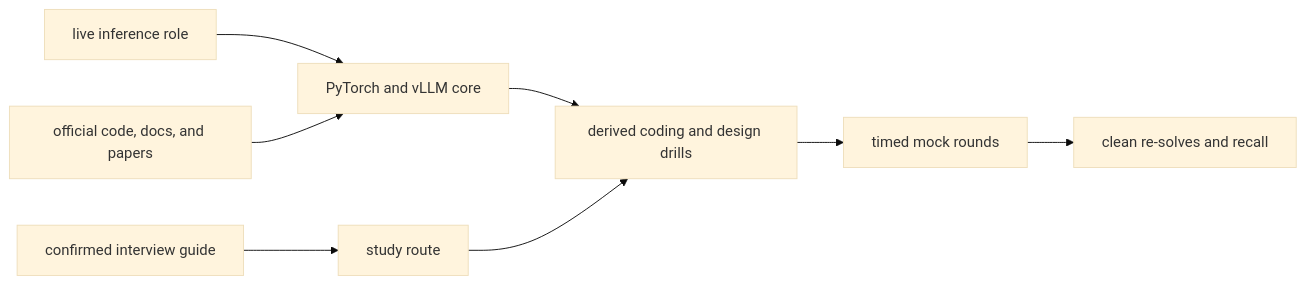
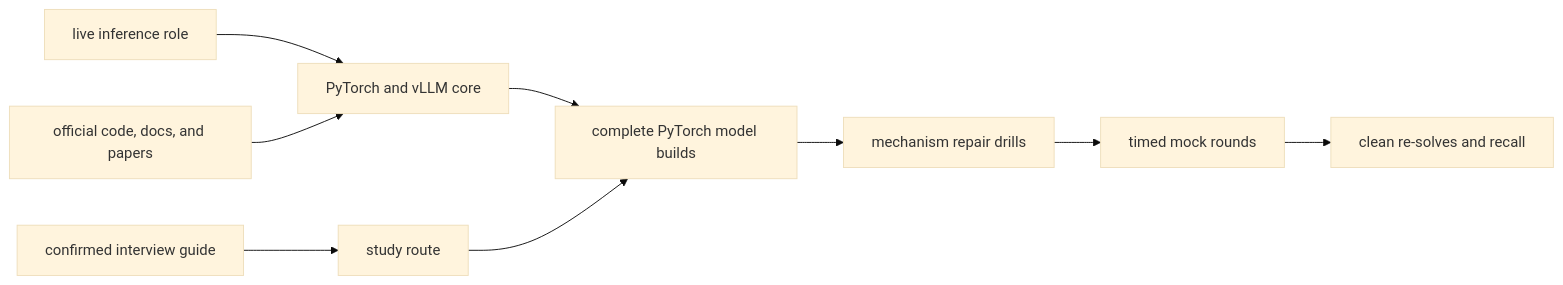
Before and after one commit to aarnphm/aarnphm.github.io: the diagram in content/hinterland/prep/inferact/index.md, drawn with Mermaid (base theme). The commit also changed other lines of this file and 26 other files, not shown here.

````diff
--- a/content/hinterland/prep/inferact/index.md
+++ b/content/hinterland/prep/inferact/index.md
@@ -39,10 +40,11 @@
 ```mermaid
 flowchart LR
   Guide["confirmed interview guide"] --> Plan["study route"]
   Role["live inference role"] --> Core["PyTorch and vLLM core"]
   Sources["official code, docs, and papers"] --> Core
-  Core --> Drills["derived coding and design drills"]
-  Plan --> Drills
+  Core --> Models["complete PyTorch model builds"]
+  Models --> Drills["mechanism repair drills"]
+  Plan --> Models
   Drills --> Mocks["timed mock rounds"]
   Mocks --> Repair["clean re-solves and recall"]
 ```
````
